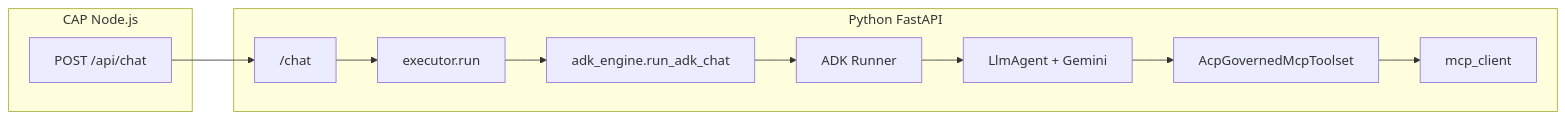
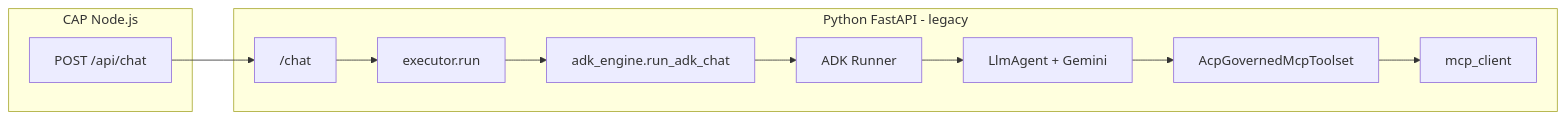
One commit to Navdeep-Davang/fiori-agent-platform changed the first of 2 diagrams in doc/Architecture/fiori-agent-platform.md. Above: the diagram before and after it, drawn with Mermaid. The commit also changed other lines of this file and 10 other files, not shown here.

First line of the commit message:
docs: align architecture, PRD, and master delivery roadmap

````diff
--- a/doc/Architecture/fiori-agent-platform.md
+++ b/doc/Architecture/fiori-agent-platform.md
@@ -186,22 +202,22 @@
 ```mermaid
 flowchart LR
   subgraph cap [CAP Node.js]
     Chat[POST /api/chat]
   end
-  subgraph py [Python FastAPI]
+  subgraph py [Python FastAPI - legacy]
     EP["/chat"]
     EX[executor.run]
     ADK[adk_engine.run_adk_chat]
     R[ADK Runner]
     AG[LlmAgent + Gemini]
     TS[AcpGovernedMcpToolset]
     MC[mcp_client]
   end
   Chat --> EP
   EP --> EX
   EX --> ADK
   ADK --> R
   R --> AG
   AG --> TS
   TS --> MC
 ```
````
